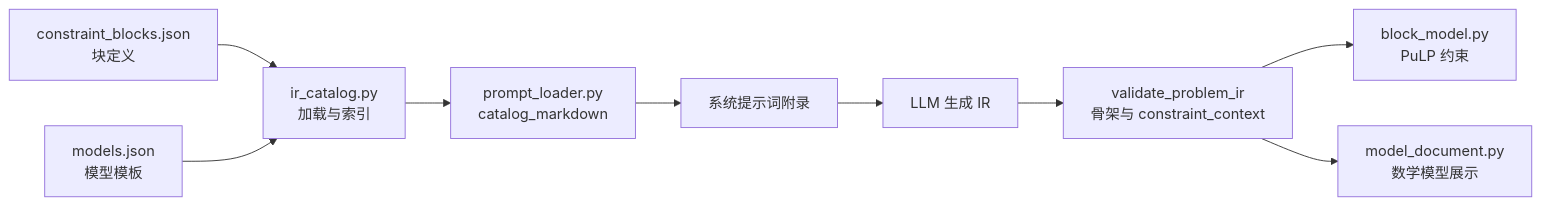
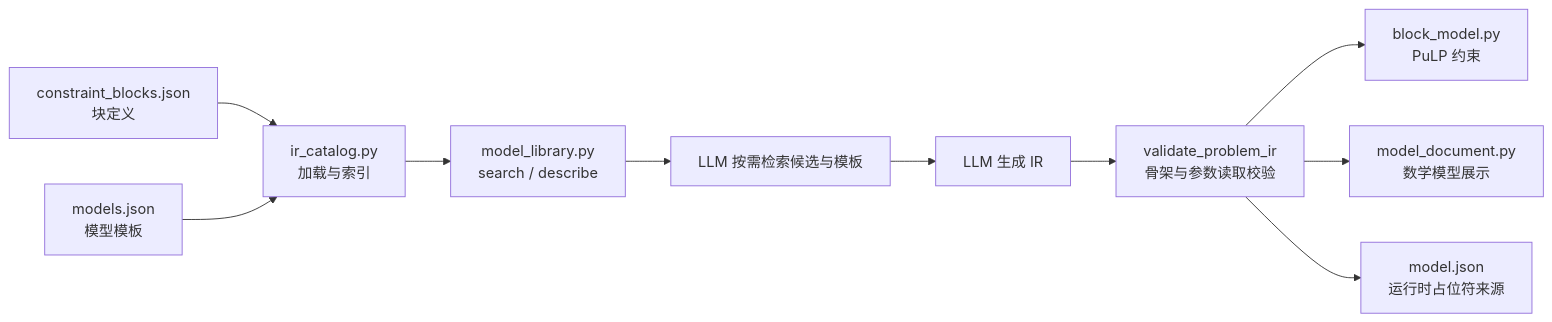
One commit to suifengwudong/NL2OR_agent changed the second of 2 diagrams in nl2or_agent/README.md. Above: the diagram before and after it, drawn with Mermaid. The commit also changed other lines of this file and 39 other files, not shown here.

````diff
--- a/nl2or_agent/README.md
+++ b/nl2or_agent/README.md
@@ -233,11 +234,12 @@
 ```mermaid
 flowchart LR
   A["constraint_blocks.json<br/>块定义"] --> B["ir_catalog.py<br/>加载与索引"]
   A2["models.json<br/>模型模板"] --> B
-  B --> C["prompt_loader.py<br/>catalog_markdown"]
-  C --> D["系统提示词附录"]
-  D --> E["LLM 生成 IR"]
-  E --> F["validate_problem_ir<br/>骨架与 constraint_context"]
+  B --> C1["model_library.py<br/>search / describe"]
+  C1 --> D1["LLM 按需检索候选与模板"]
+  D1 --> E["LLM 生成 IR"]
+  E --> F["validate_problem_ir<br/>骨架与参数读取校验"]
   F --> G["block_model.py<br/>PuLP 约束"]
   F --> H["model_document.py<br/>数学模型展示"]
+  F --> I["model.json<br/>运行时占位符来源"]
 ```
````
